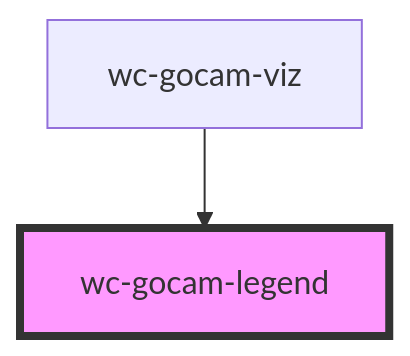
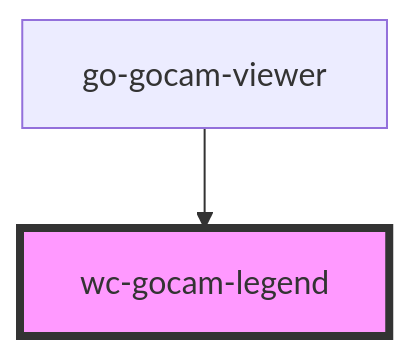
One commit to geneontology/web-components changed the diagram in src/components/go-gocam-legend/readme.md. Above: the diagram before and after it, drawn with Mermaid. The commit also changed other lines of this file and 10 other files, not shown here.

Commit message:
Rename wc-gocam-viz to go-gocam-viewer

````diff
--- a/src/components/go-gocam-legend/readme.md
+++ b/src/components/go-gocam-legend/readme.md
@@ -37,5 +37,5 @@
 ```mermaid
 graph TD;
-  wc-gocam-viz --> wc-gocam-legend
+  go-gocam-viewer --> wc-gocam-legend
   style wc-gocam-legend fill:#f9f,stroke:#333,stroke-width:4px
 ```
````
